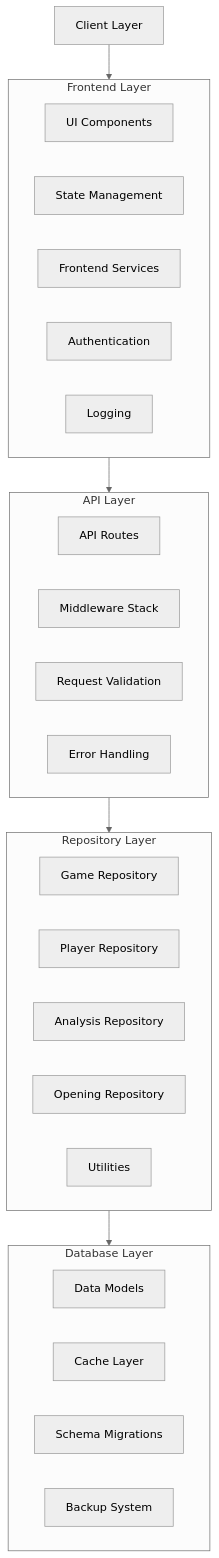
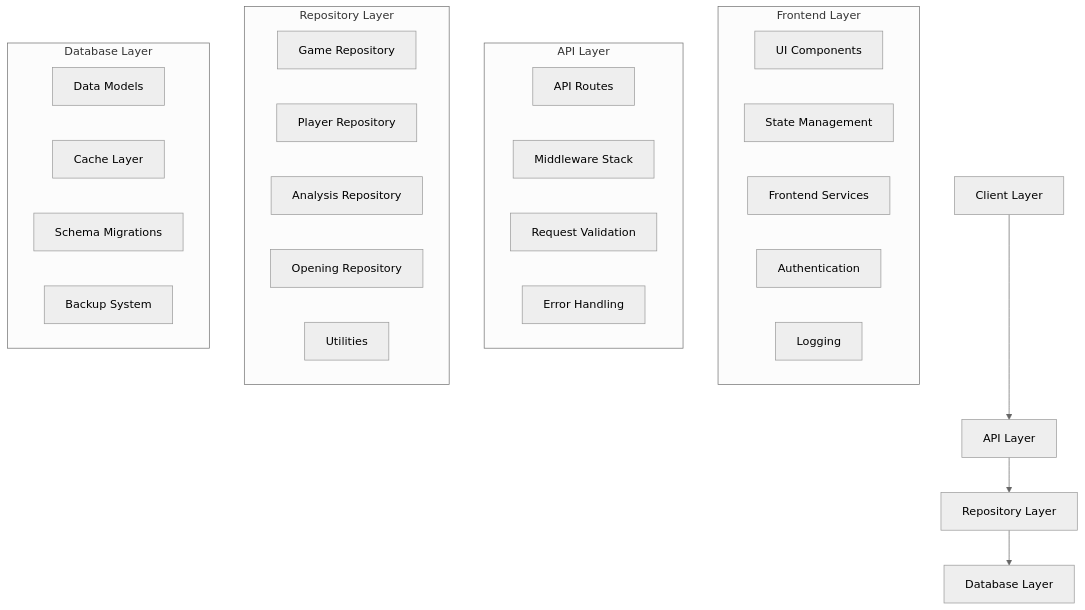
Before and after one commit to nessaee/chess-database: the first of 4 diagrams in docs/system-diagram.md, drawn with Mermaid (neutral theme). The commit also changed other lines of this file and 5 other files, not shown here.

```diff
--- a/docs/system-diagram.md
+++ b/docs/system-diagram.md
@@ -39,55 +45,46 @@
 <pre class="mermaid">
 graph TB
-    %% Main Components
     Client[Client Layer]
-    Frontend[Frontend Layer]
     API[API Layer]
     Repository[Repository Layer]
-    DB[(Database Layer)]
+    DB[Database Layer]
     
-    %% Frontend Components
-    subgraph Frontend[Frontend Layer]
+    subgraph "Frontend Layer"
         UI[UI Components]
         State[State Management]
         Services[Frontend Services]
         Auth[Authentication]
         Logger[Logging]
     end
     
-    %% API Components
-    subgraph API[API Layer]
+    subgraph "API Layer"
         Routes[API Routes]
         Middleware[Middleware Stack]
         Validation[Request Validation]
         Error[Error Handling]
     end
     
-    %% Repository Components
-    subgraph Repository[Repository Layer]
+    subgraph "Repository Layer"
         GameRepo[Game Repository]
         PlayerRepo[Player Repository]
         AnalysisRepo[Analysis Repository]
         OpeningRepo[Opening Repository]
         Utils[Utilities]
     end
     
-    %% Database Components
-    subgraph DB[Database Layer]
+    subgraph "Database Layer"
         Models[Data Models]
         Cache[Cache Layer]
         Migrations[Schema Migrations]
         Backup[Backup System]
     end
     
-    %% Connections
-    Client --> Frontend
-    Frontend --> API
+    Client --> API
     API --> Repository
     Repository --> DB
     
-    %% Click Actions
-    click Frontend "frontend/components.md" "View Frontend Documentation"
+    click Client "frontend/components.md" "View Frontend Documentation"
     click API "backend/api.md" "View API Documentation"
     click Repository "backend/repository.md" "View Repository Documentation"
     click DB "backend/models.md" "View Database Documentation"
 </pre>
```
